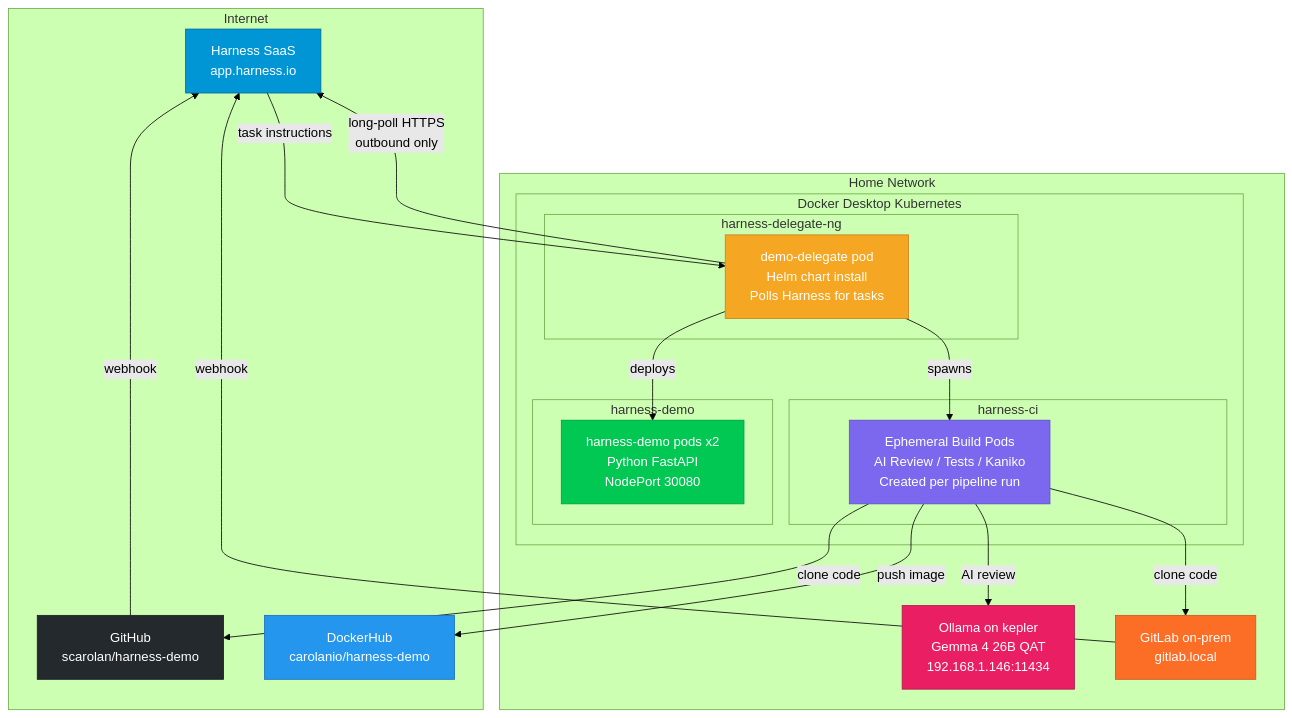
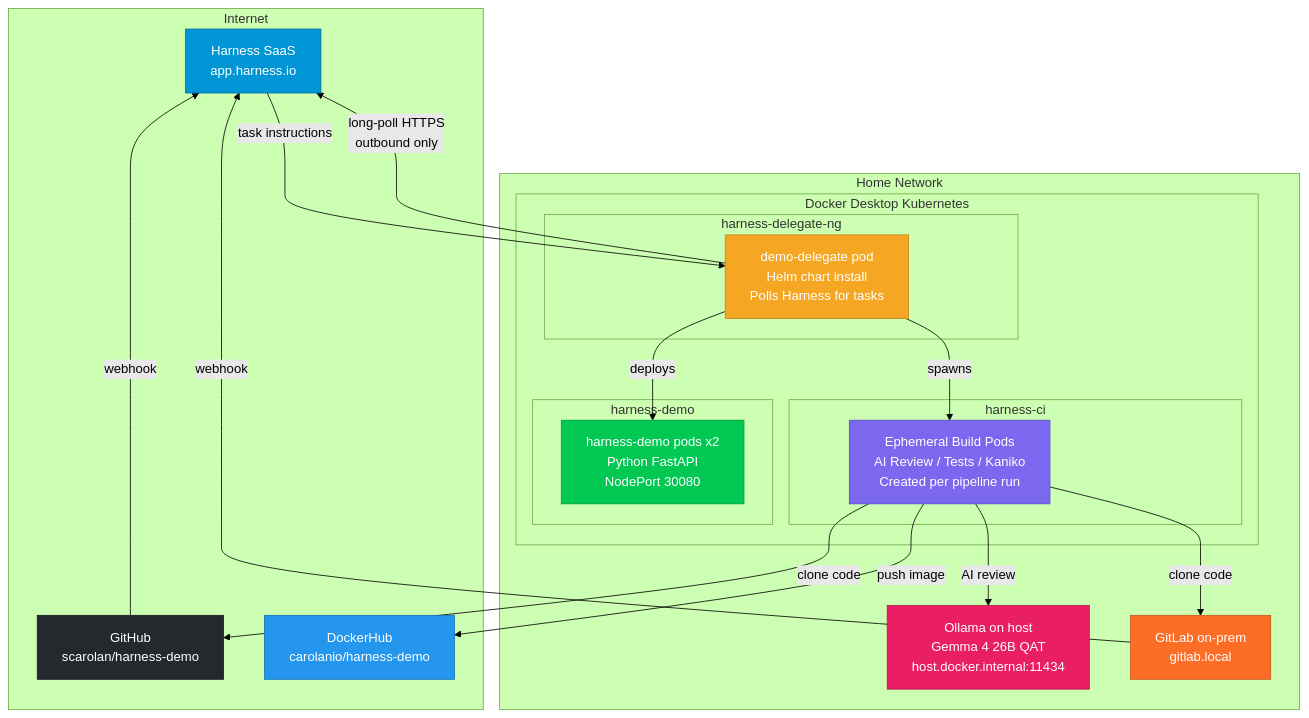
Before and after one commit to scarolan/harness-demo: the first of 4 diagrams in docs/ARCHITECTURE.md, drawn with Mermaid (forest theme). The commit also changed other lines of this file and 11 other files, not shown here.

````diff
--- a/docs/ARCHITECTURE.md
+++ b/docs/ARCHITECTURE.md
@@ -5,44 +5,44 @@
 ```mermaid
 graph TB
     subgraph Internet
         HARNESS[Harness SaaS<br/>app.harness.io]
         GITHUB[GitHub<br/>scarolan/harness-demo]
         DOCKERHUB[DockerHub<br/>carolanio/harness-demo]
     end
 
     subgraph Home Network
         subgraph Docker Desktop Kubernetes
             subgraph harness-delegate-ng
                 DELEGATE[demo-delegate pod<br/>Helm chart install<br/>Polls Harness for tasks]
             end
             subgraph harness-ci
                 BUILD[Ephemeral Build Pods<br/>AI Review / Tests / Kaniko<br/>Created per pipeline run]
             end
             subgraph harness-demo
                 APP1[harness-demo pods x2<br/>Python FastAPI<br/>NodePort 30080]
             end
         end
-        OLLAMA[Ollama on kepler<br/>Gemma 4 26B QAT<br/>192.168.1.146:11434]
+        OLLAMA[Ollama on host<br/>Gemma 4 26B QAT<br/>host.docker.internal:11434]
         GITLAB[GitLab on-prem<br/>gitlab.local]
     end
 
     GITHUB -->|webhook| HARNESS
     GITLAB -->|webhook| HARNESS
     DELEGATE -->|long-poll HTTPS<br/>outbound only| HARNESS
     HARNESS -->|task instructions| DELEGATE
     DELEGATE -->|spawns| BUILD
     DELEGATE -->|deploys| APP1
     BUILD -->|clone code| GITHUB
     BUILD -->|clone code| GITLAB
     BUILD -->|AI review| OLLAMA
     BUILD -->|push image| DOCKERHUB
 
     style HARNESS fill:#0096d6,stroke:#006b99,color:#fff
     style GITHUB fill:#24292e,stroke:#1b1f23,color:#fff
     style DOCKERHUB fill:#2496ed,stroke:#1a6fba,color:#fff
     style DELEGATE fill:#f5a623,stroke:#c4841c,color:#fff
     style BUILD fill:#7b68ee,stroke:#5a4fcf,color:#fff
     style APP1 fill:#00c853,stroke:#009e42,color:#fff
     style OLLAMA fill:#e91e63,stroke:#b71550,color:#fff
     style GITLAB fill:#fc6d26,stroke:#c95a1f,color:#fff
 ```
````
